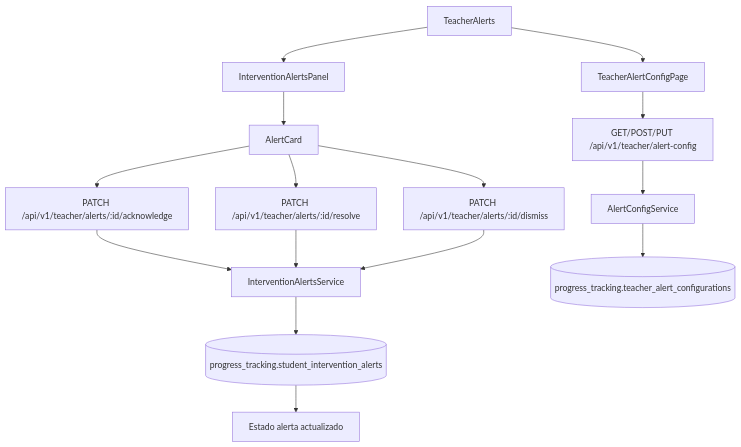
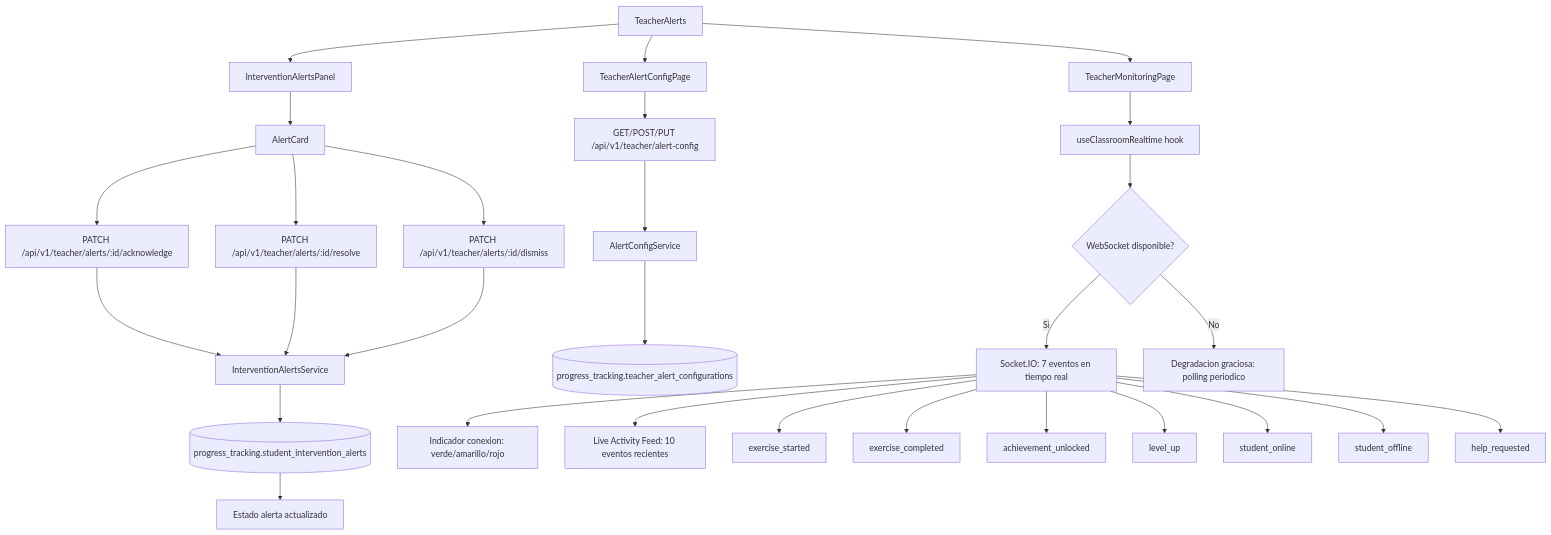
One commit to rckrdmrd/gamilit-workspace changed the diagram in docs/30-ux-ui/flujos/teacher/FLUJO-MONITOREO-ALERTAS.md. Above: the diagram before and after it, drawn with Mermaid. The commit also changed other lines of this file and 230 other files, not shown here.

````diff
--- a/docs/30-ux-ui/flujos/teacher/FLUJO-MONITOREO-ALERTAS.md
+++ b/docs/30-ux-ui/flujos/teacher/FLUJO-MONITOREO-ALERTAS.md
@@ -25,17 +29,33 @@
 ```mermaid
 flowchart TD
     page[TeacherAlerts] --> panel[InterventionAlertsPanel]
     panel --> card[AlertCard]
     card --> ack[PATCH /api/v1/teacher/alerts/:id/acknowledge]
     card --> resolve[PATCH /api/v1/teacher/alerts/:id/resolve]
     card --> dismiss[PATCH /api/v1/teacher/alerts/:id/dismiss]
     ack --> service[InterventionAlertsService]
     resolve --> service
     dismiss --> service
     service --> db[(progress_tracking.student_intervention_alerts)]
     db --> ui[Estado alerta actualizado]
     page --> configPage[TeacherAlertConfigPage]
     configPage --> configApi[GET/POST/PUT /api/v1/teacher/alert-config]
     configApi --> configService[AlertConfigService]
     configService --> configDb[(progress_tracking.teacher_alert_configurations)]
+
+    %% WebSocket Realtime Integration
+    page --> monPage[TeacherMonitoringPage]
+    monPage --> wsHook[useClassroomRealtime hook]
+    wsHook --> wsConn{WebSocket disponible?}
+    wsConn -- Si --> wsEvents[Socket.IO: 7 eventos en tiempo real]
+    wsConn -- No --> wsFallback[Degradacion graciosa: polling periodico]
+    wsEvents --> wsIndicator[Indicador conexion: verde/amarillo/rojo]
+    wsEvents --> wsFeed[Live Activity Feed: 10 eventos recientes]
+    wsEvents --> wsE1[exercise_started]
+    wsEvents --> wsE2[exercise_completed]
+    wsEvents --> wsE3[achievement_unlocked]
+    wsEvents --> wsE4[level_up]
+    wsEvents --> wsE5[student_online]
+    wsEvents --> wsE6[student_offline]
+    wsEvents --> wsE7[help_requested]
 ```
````
